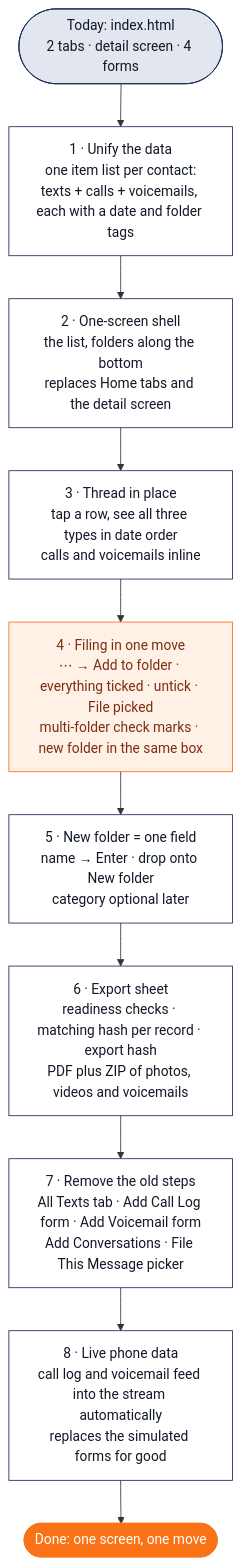
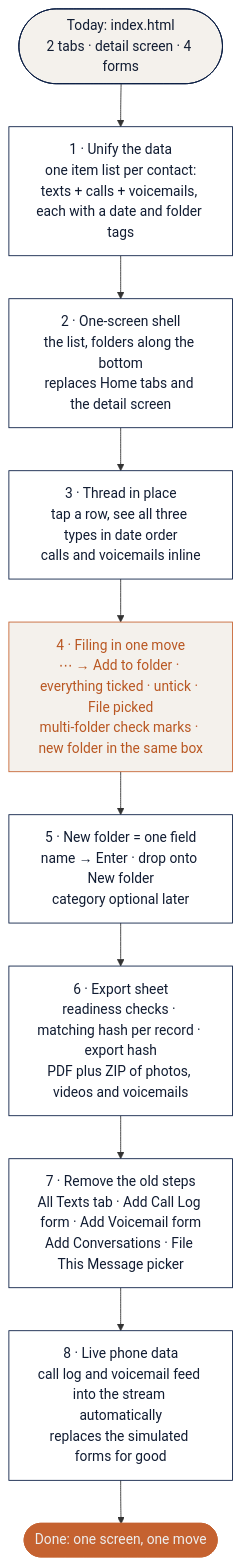
Before and after one commit to CoachCotner/Recalltext: the second of 2 diagrams in v2/PLAN.md, drawn with Mermaid. The commit also changed other lines of this file and 11 other files, not shown here.

````diff
--- a/v2/PLAN.md
+++ b/v2/PLAN.md
@@ -81,21 +81,21 @@
 ```mermaid
 flowchart TD
   A([Today: index.html<br/>2 tabs · detail screen · 4 forms]) --> B
   B[1 · Unify the data<br/>one item list per contact:<br/>texts + calls + voicemails, each with a date and folder tags]
   B --> C[2 · One-screen shell<br/>the list, folders along the bottom<br/>replaces Home tabs and the detail screen]
   C --> D[3 · Thread in place<br/>tap a row, see all three types in date order<br/>calls and voicemails inline]
   D --> E[4 · Filing in one move<br/>⋯ → Add to folder · everything ticked · untick · File picked<br/>multi-folder check marks · new folder in the same box]
   E --> F[5 · New folder = one field<br/>name → Enter · drop onto New folder<br/>category optional later]
   F --> J[6 · Export sheet<br/>readiness checks · matching hash per record · export hash<br/>PDF plus ZIP of photos, videos and voicemails]
   J --> K[7 · Remove the old steps<br/>All Texts tab · Add Call Log form · Add Voicemail form<br/>Add Conversations · File This Message picker]
   K --> L[8 · Live phone data<br/>call log and voicemail feed into the stream automatically<br/>replaces the simulated forms for good]
   L --> M([Done: one screen, one move])
-  classDef now fill:#E1E6EF,stroke:#1A2F5A,color:#111827
-  classDef step fill:#FFFFFF,stroke:#1A2F5A,color:#111827
-  classDef key fill:#FFF1E6,stroke:#F97316,color:#7C2D12
-  classDef done fill:#F97316,stroke:#F97316,color:#FFFFFF
+  classDef now fill:#F4F1EC,stroke:#071B42,color:#111C32
+  classDef step fill:#FFFFFF,stroke:#071B42,color:#111C32
+  classDef key fill:#F4F1EC,stroke:#C56230,color:#B95722
+  classDef done fill:#C56230,stroke:#C56230,color:#EDEDED
   class A now
   class B,C,D,F,J,K,L step
   class E key
   class M done
 ```
````
